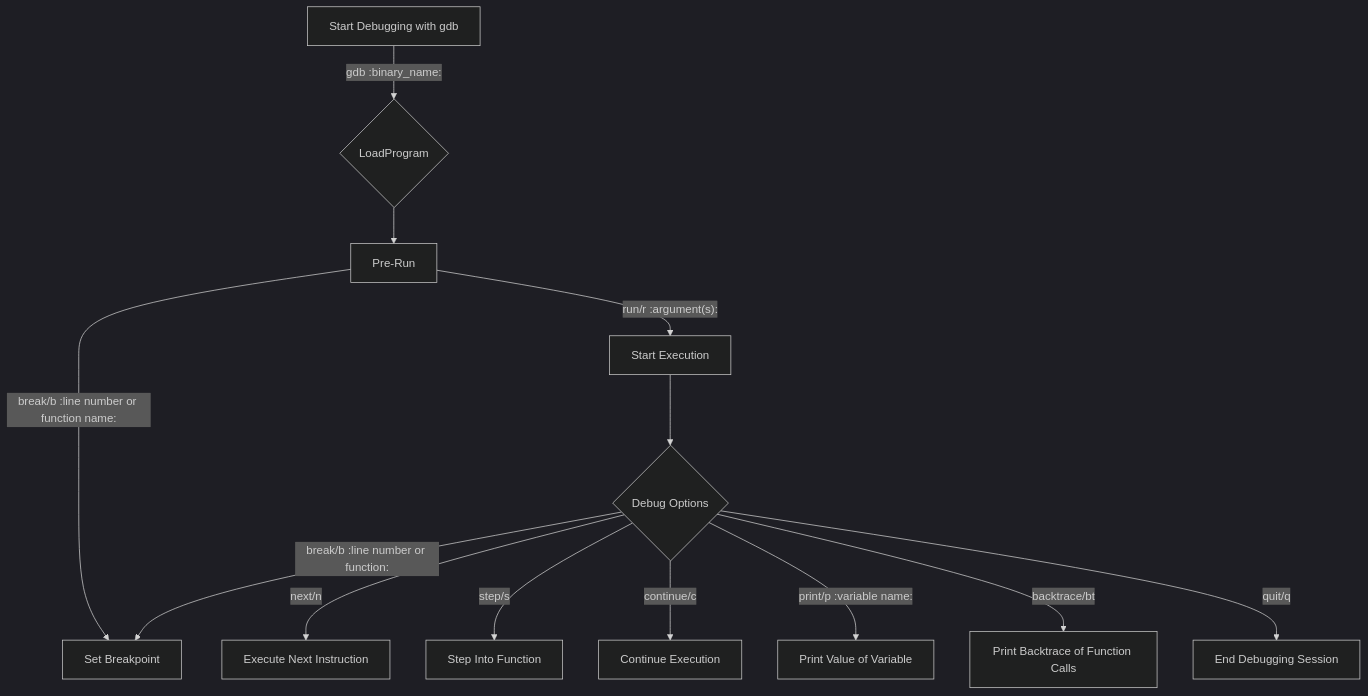
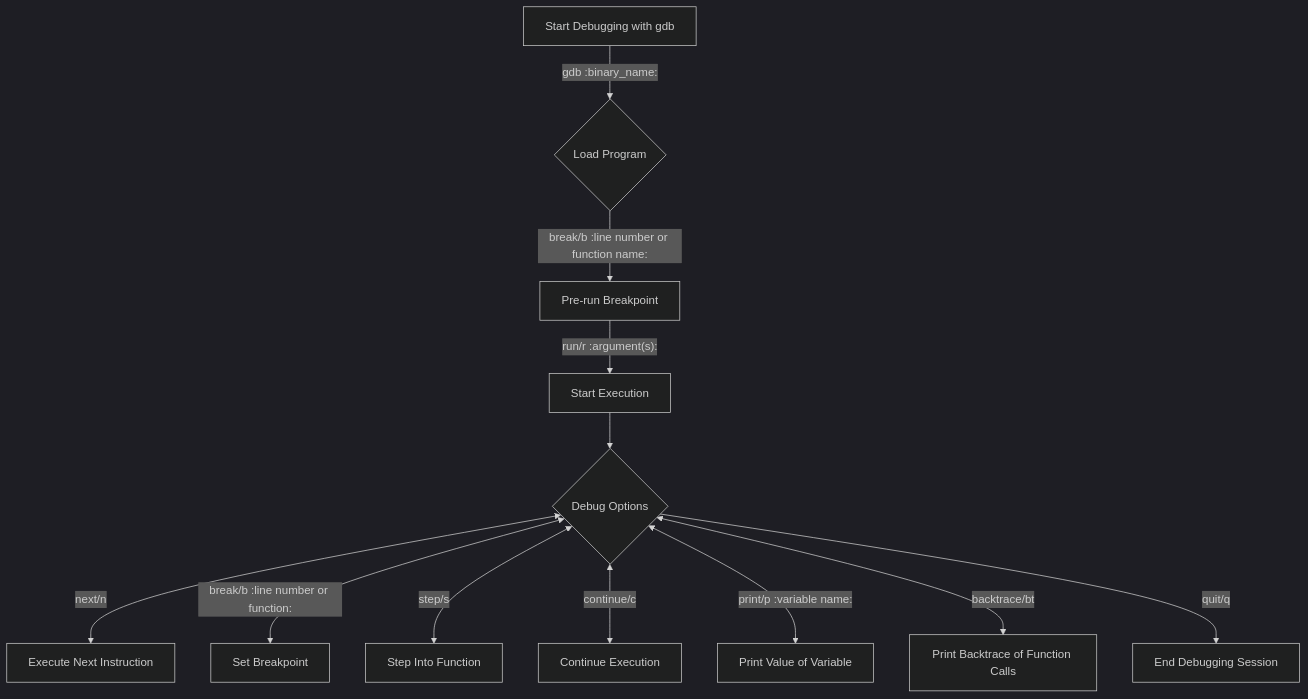
Before and after one commit to utk-eecs-crumpton-tas/cs102-handbook: the diagram in docs/debugging/gdb.mdx, drawn with Mermaid (dark theme). The commit also changed 1 other file, not shown here.

Commit message:
updated gdb flowchart

````diff
--- a/docs/debugging/gdb.mdx
+++ b/docs/debugging/gdb.mdx
@@ -30,24 +30,23 @@
 ```mermaid
 graph TD
-Start[Start Debugging with gdb] -->|gdb :binary_name:| LoadProgram{LoadProgram} --> PreRun[Pre-Run]
-PreRun --> |break/b :line number or function name:| SetBreakpoint[Set Breakpoint]
-PreRun --> |"run/r :argument(s):"| StartExecution[Start Execution]
+Start[Start Debugging with gdb] -->|gdb :binary_name:| LoadProgram{Load Program} -->|break/b :line number or function name:| SetBreakpointStart[Pre-run Breakpoint] -->|"run/r :argument(s):"| StartExecution[Start Execution]
 StartExecution --> DebugOptions{Debug Options}
-DebugOptions --> |next/n| NextInstruction[Execute Next Instruction]
-DebugOptions --> |break/b :line number or function:| SetBreakpoint[Set Breakpoint]
-DebugOptions --> |step/s| StepIntoFunction[Step Into Function]
-DebugOptions --> |continue/c| ContinueExecution[Continue Execution]
-DebugOptions --> |print/p :variable name:| PrintVariable[Print Value of Variable]
-DebugOptions --> |backtrace/bt| Backtrace[Print Backtrace of Function Calls]
+DebugOptions <--> |next/n| NextInstruction[Execute Next Instruction]
+DebugOptions <--> |break/b :line number or function:| SetBreakpoint[Set Breakpoint]
+DebugOptions <--> |step/s| StepIntoFunction[Step Into Function]
+DebugOptions <--> |continue/c| ContinueExecution[Continue Execution]
+DebugOptions <--> |print/p :variable name:| PrintVariable[Print Value of Variable]
+DebugOptions <--> |backtrace/bt| Backtrace[Print Backtrace of Function Calls]
 DebugOptions --> |quit/q| EndDebugging[End Debugging Session]
+
 click Start href "/cs102-writeups/docs/debugging/gdb#starting-gdb"
 click StartExecution href "/cs102-writeups/docs/debugging/gdb#start-execution"
-click PreRun href "/cs102-writeups/docs/debugging/gdb#pre-run"
+click SetBreakpointStart href "/cs102-writeups/docs/debugging/gdb#pre-run"
 click SetBreakpoint href "/cs102-writeups/docs/debugging/gdb#setting-breakpoints"
 click NextInstruction href "/cs102-writeups/docs/debugging/gdb#next-instruction"
 click StepIntoFunction href "/cs102-writeups/docs/debugging/gdb#step-into-function"
 click ContinueExecution href "/cs102-writeups/docs/debugging/gdb#continue-execution"
 click PrintVariable href "/cs102-writeups/docs/debugging/gdb#print-variable"
 click Backtrace href "/cs102-writeups/docs/debugging/gdb#backtrace"
 click EndDebugging href "/cs102-writeups/docs/debugging/gdb#end-debugging-session"
 ```
````
